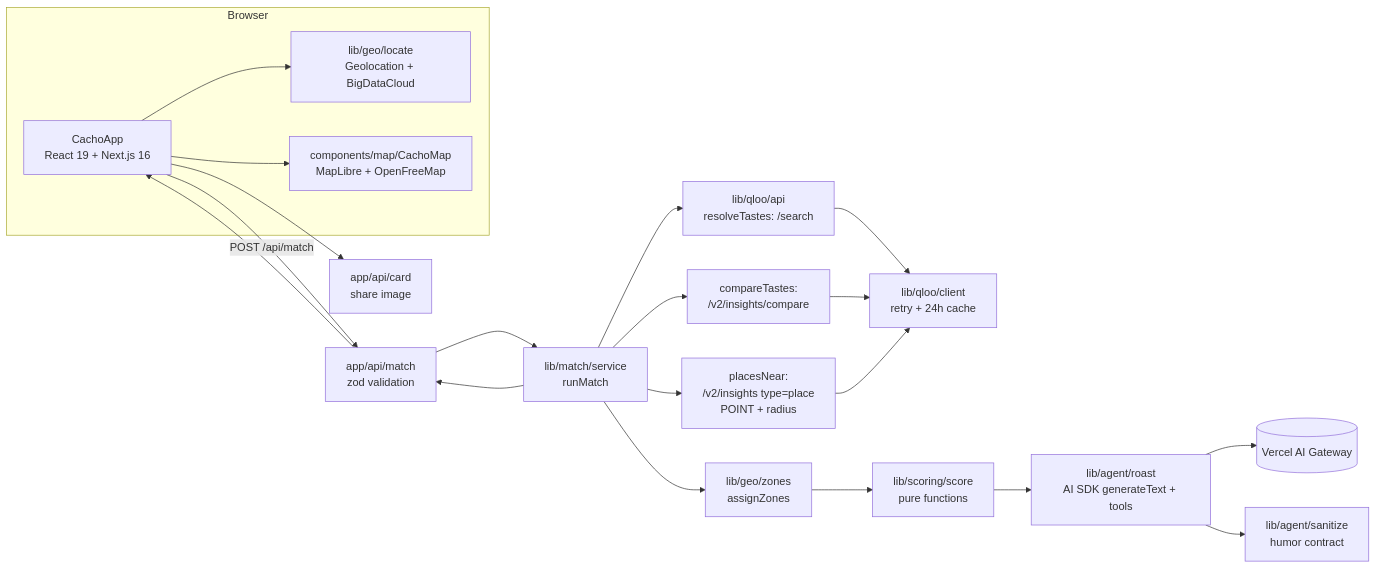
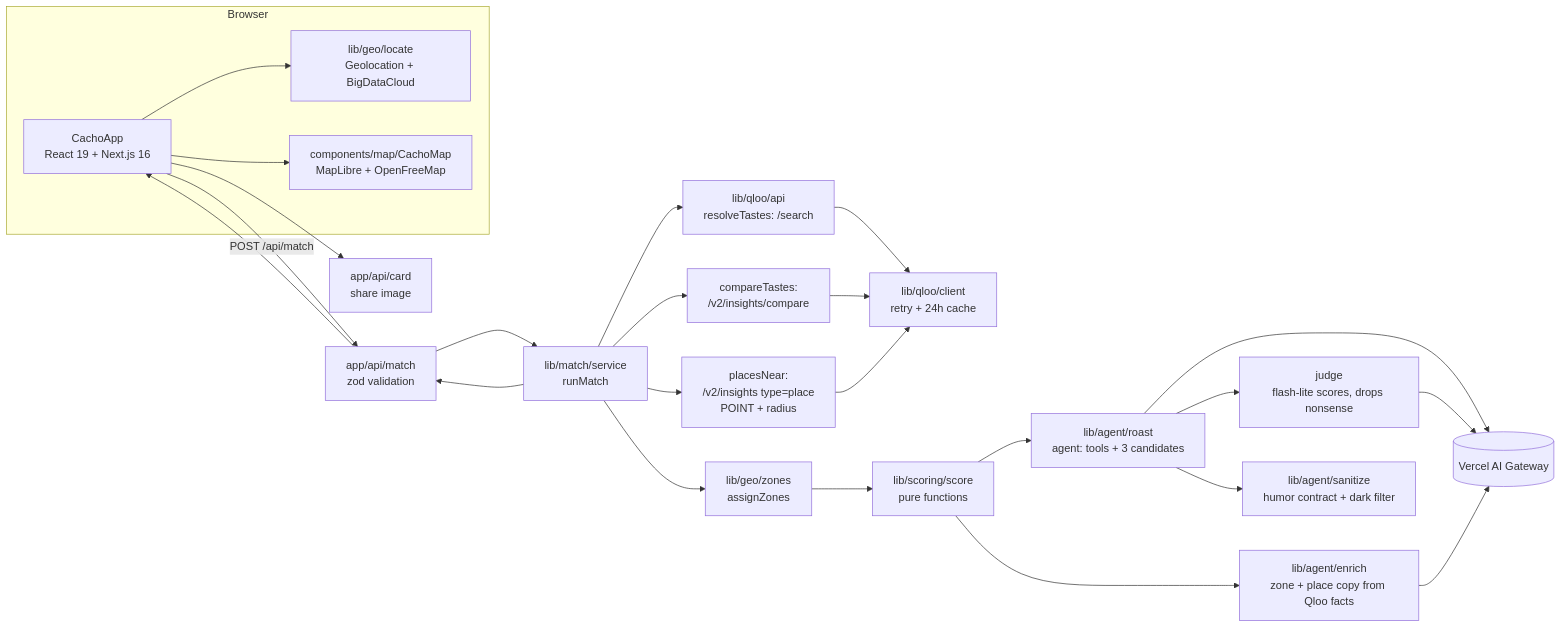
The diagram in README.md (kilworl/cacho-map), drawn with Mermaid before and after one commit. The commit also changed other lines of this file and 26 other files, not shown here.

Commit message:
v4: cheating-risk meter, danger/safe zones from Qloo data, place descriptions, cacho wordplay with judge

````diff
--- a/README.md
+++ b/README.md
@@ -21,20 +24,22 @@
 ```mermaid
 flowchart LR
   subgraph Browser
     UI[CachoApp<br/>React 19 + Next.js 16] --> GEO[lib/geo/locate<br/>Geolocation + BigDataCloud]
     UI --> MAP[components/map/CachoMap<br/>MapLibre + OpenFreeMap]
   end
   UI -- POST /api/match --> API[app/api/match<br/>zod validation]
   API --> SVC[lib/match/service<br/>runMatch]
   SVC --> Q1[lib/qloo/api<br/>resolveTastes: /search]
   SVC --> Q2[compareTastes:<br/>/v2/insights/compare]
   SVC --> Q3[placesNear:<br/>/v2/insights type=place<br/>POINT + radius]
   Q1 & Q2 & Q3 --> QC[lib/qloo/client<br/>retry + 24h cache]
   SVC --> Z[lib/geo/zones<br/>assignZones]
   Z --> S[lib/scoring/score<br/>pure functions]
-  S --> AG[lib/agent/roast<br/>AI SDK generateText + tools]
-  AG --> GW[(Vercel AI Gateway)]
-  AG --> SAN[lib/agent/sanitize<br/>humor contract]
+  S --> AG[lib/agent/roast<br/>agent: tools + 3 candidates]
+  AG --> J[judge<br/>flash-lite scores, drops nonsense]
+  S --> EN[lib/agent/enrich<br/>zone + place copy from Qloo facts]
+  AG & J & EN --> GW[(Vercel AI Gateway)]
+  AG --> SAN[lib/agent/sanitize<br/>humor contract + dark filter]
   SVC --> API --> UI
   UI --> CARD[app/api/card<br/>share image]
 ```
````
